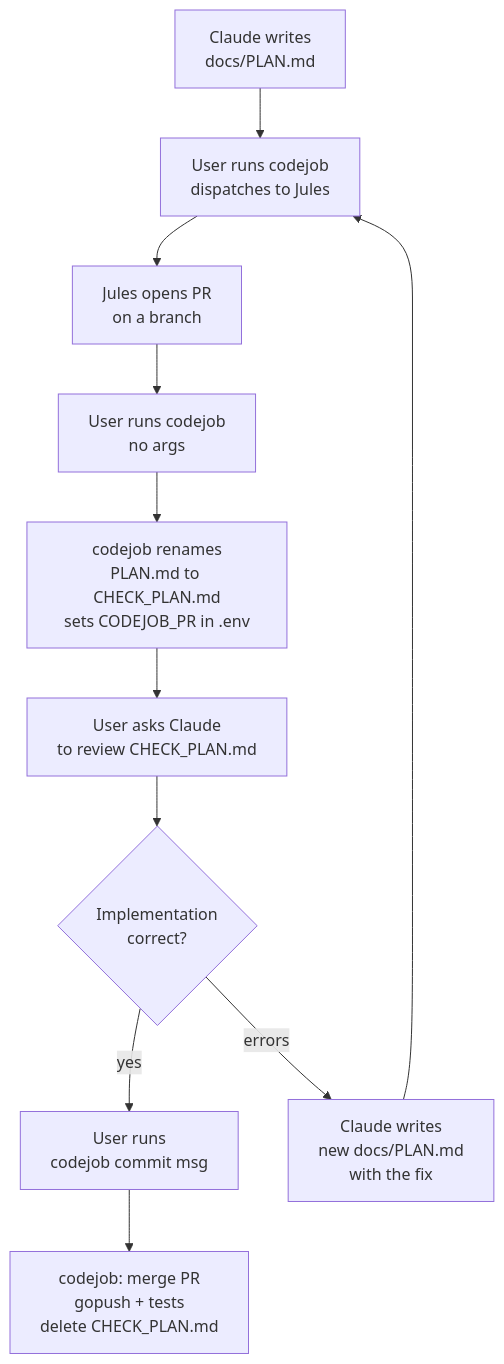
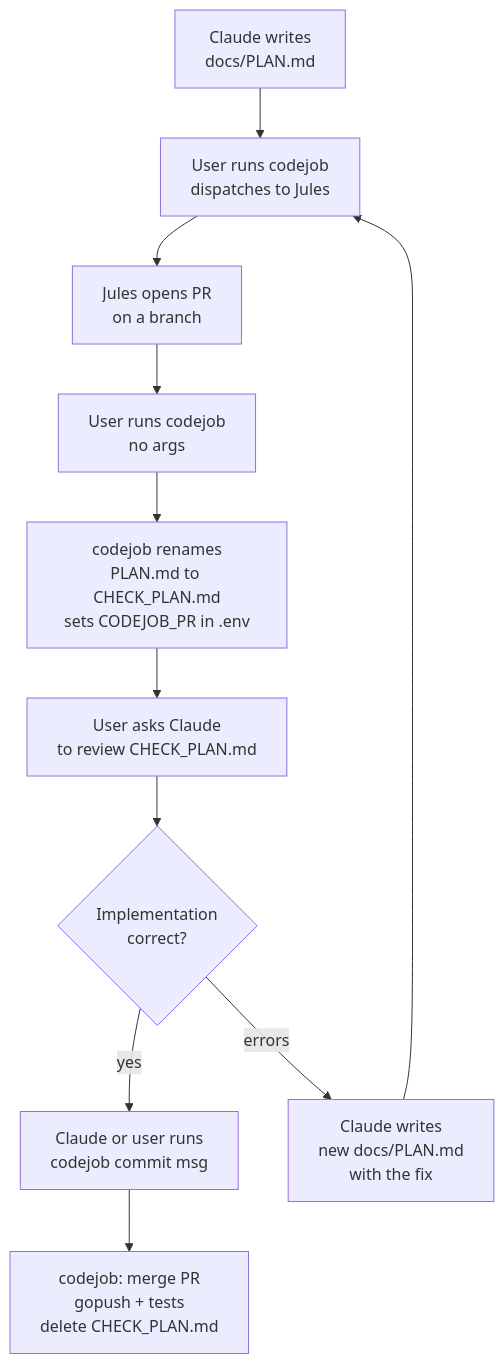
The first of 2 diagrams in skills/agents-workflow/SKILL.md (tinywasm/devflow), drawn with Mermaid before and after one commit. The commit also changed other lines of this file, not shown here.

Commit message:
docs: agents-workflow: Claude puede correr codejob commit msg (no es exclusivo del usuario)

````diff
--- a/skills/agents-workflow/SKILL.md
+++ b/skills/agents-workflow/SKILL.md
@@ -34,13 +34,13 @@
 ```mermaid
 flowchart TD
     A[Claude writes<br/>docs/PLAN.md] --> B[User runs codejob<br/>dispatches to Jules]
     B --> C[Jules opens PR<br/>on a branch]
     C --> D[User runs codejob<br/>no args]
     D --> E[codejob renames<br/>PLAN.md to CHECK_PLAN.md<br/>sets CODEJOB_PR in .env]
     E --> F[User asks Claude<br/>to review CHECK_PLAN.md]
     F --> G{Implementation<br/>correct?}
-    G -->|yes| H[User runs<br/>codejob commit msg]
+    G -->|yes| H[Claude or user runs<br/>codejob commit msg]
     G -->|errors| I[Claude writes<br/>new docs/PLAN.md<br/>with the fix]
     I --> B
     H --> J[codejob: merge PR<br/>gopush + tests<br/>delete CHECK_PLAN.md]
 ```
````
